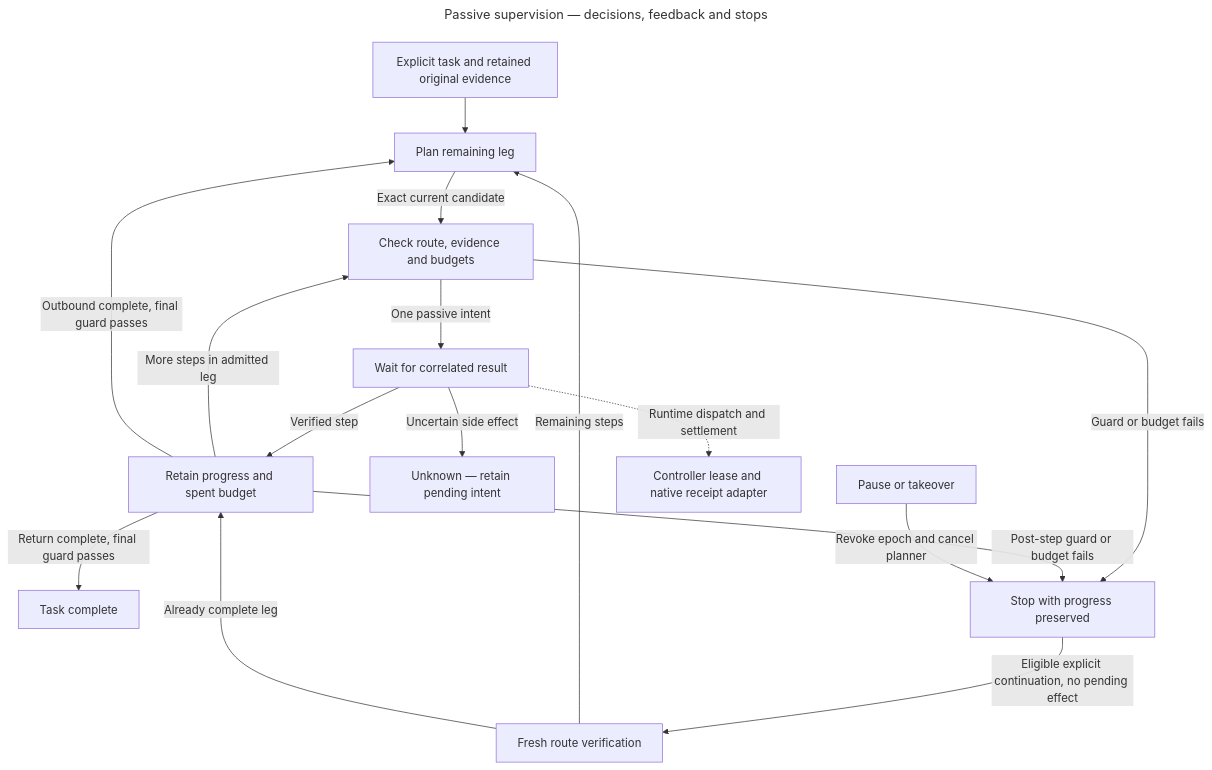
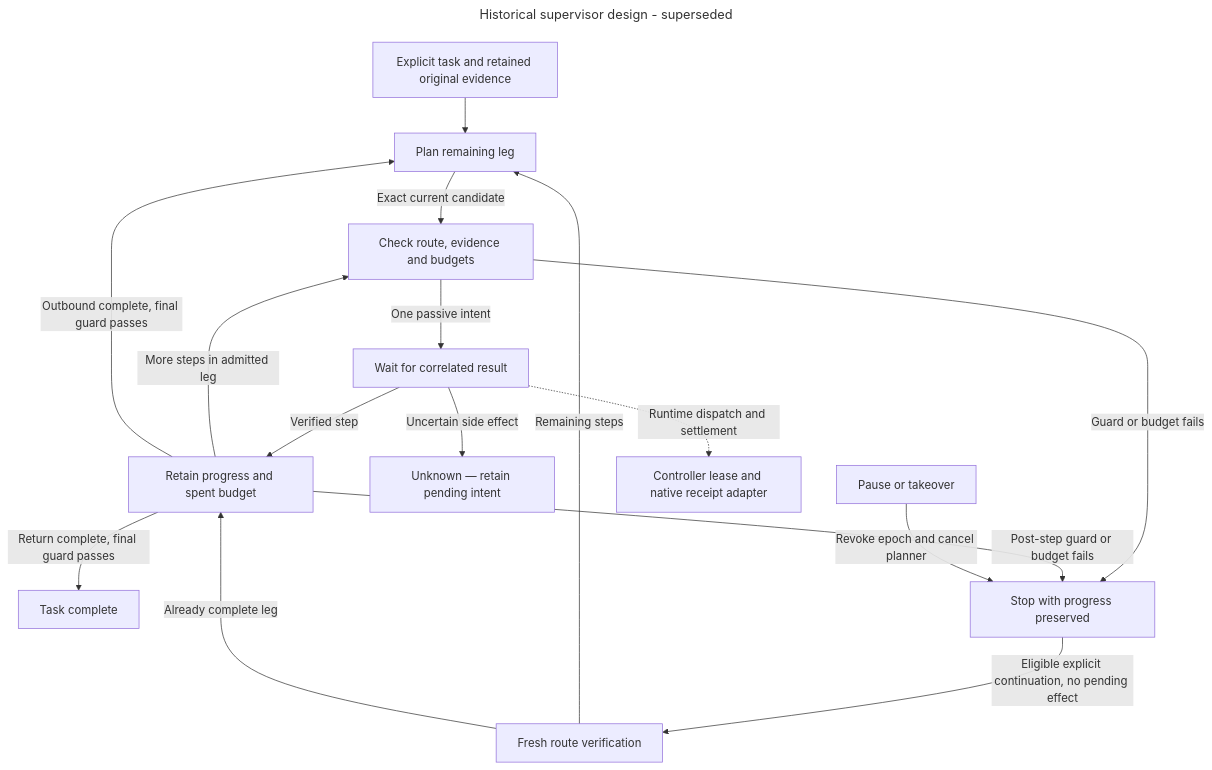
Before and after one commit to CVX-Hull/enactive: the diagram in docs/diagrams/supervisor.mmd, drawn with Mermaid. The commit also changed 382 other files, not shown here.

First line of the commit message:
Replace semantic harness with mechanical computer control (#289)

```diff
--- a/docs/diagrams/supervisor.mmd
+++ b/docs/diagrams/supervisor.mmd
@@ -1,21 +1,21 @@
 ---
-title: Passive supervision — decisions, feedback and stops
+title: Historical supervisor design - superseded
 ---
 flowchart TD
-  accTitle: How a waypoint task plans, verifies and stops
-  accDescr: One explicit task retains its original route and budgets. An injected planner supplies a bound candidate. The supervisor offers one passive intent and waits for a correlated result. Verified outbound completion requires fresh return planning. Pause invalidates the epoch; unknown effects remain unresolved. The runtime adapter owns the actual controller lease and native receipt mapping.
+  accTitle: Historical design - How a waypoint task plans, verifies and stops
+  accDescr: Historical diagram retained for earlier reports and proposals. The current production replacement is the basic computer and player contract; these semantic components are not current runtime instructions. One explicit task retains its original route and budgets. An injected planner supplies a bound candidate. The supervisor offers one passive intent and waits for a correlated result. Verified outbound completion requires fresh return planning. Pause invalidates the epoch; unknown effects remain unresolved. The runtime adapter owns the actual controller lease and native receipt mapping.
   T[Explicit task and retained original evidence] --> P[Plan remaining leg]
   P -->|Exact current candidate| S[Check route, evidence and budgets]
   S -->|One passive intent| I[Wait for correlated result]
   I -->|Verified step| V[Retain progress and spent budget]
   V -->|More steps in admitted leg| S
   V -->|Outbound complete, final guard passes| P
   V -->|Return complete, final guard passes| D[Task complete]
   I -->|Uncertain side effect| U[Unknown — retain pending intent]
   S -->|Guard or budget fails| B[Stop with progress preserved]
   V -->|Post-step guard or budget fails| B
   B -->|Eligible explicit continuation, no pending effect| R[Fresh route verification]
   R -->|Remaining steps| P
   R -->|Already complete leg| V
   X[Pause or takeover] -->|Revoke epoch and cancel planner| B
   I -.->|Runtime dispatch and settlement| C[Controller lease and native receipt adapter]
```
